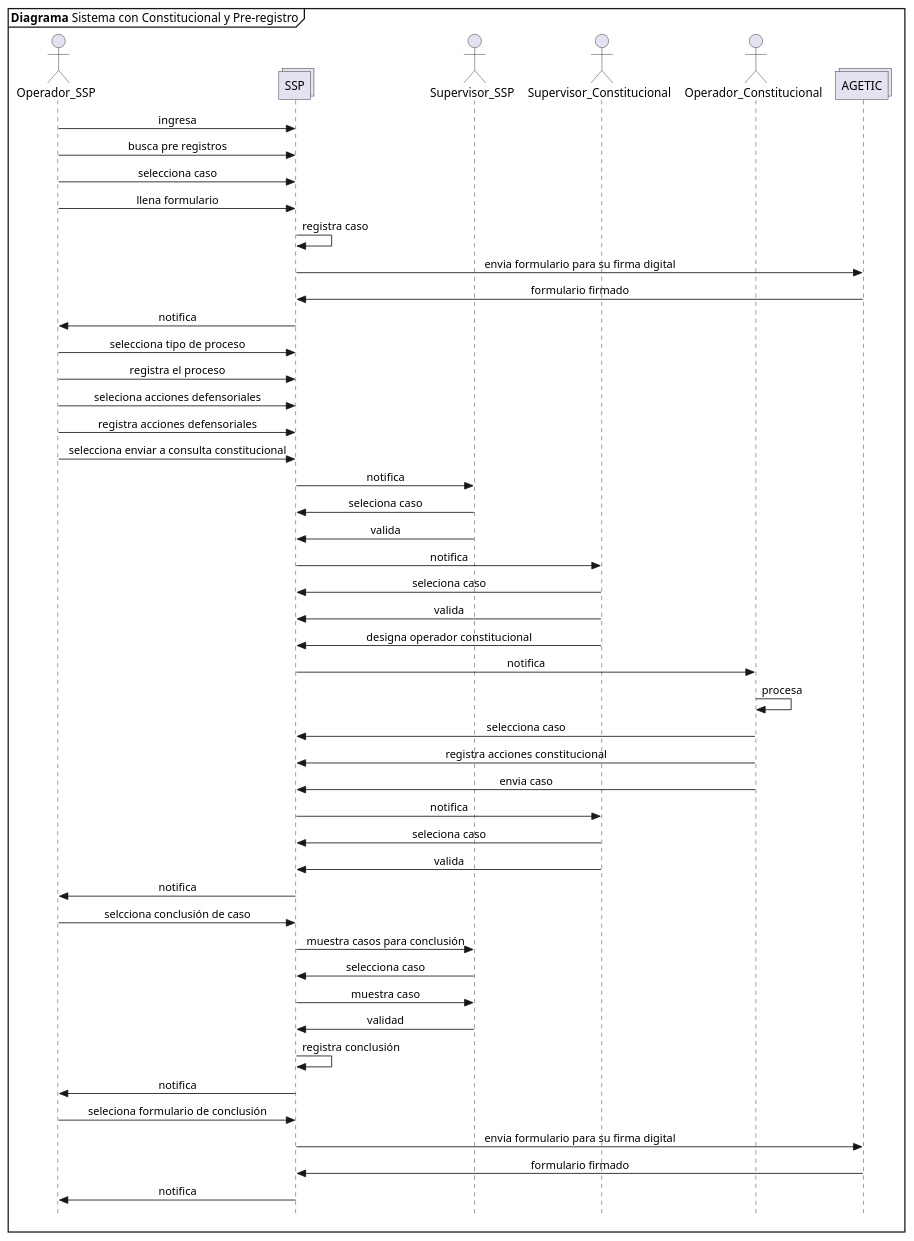
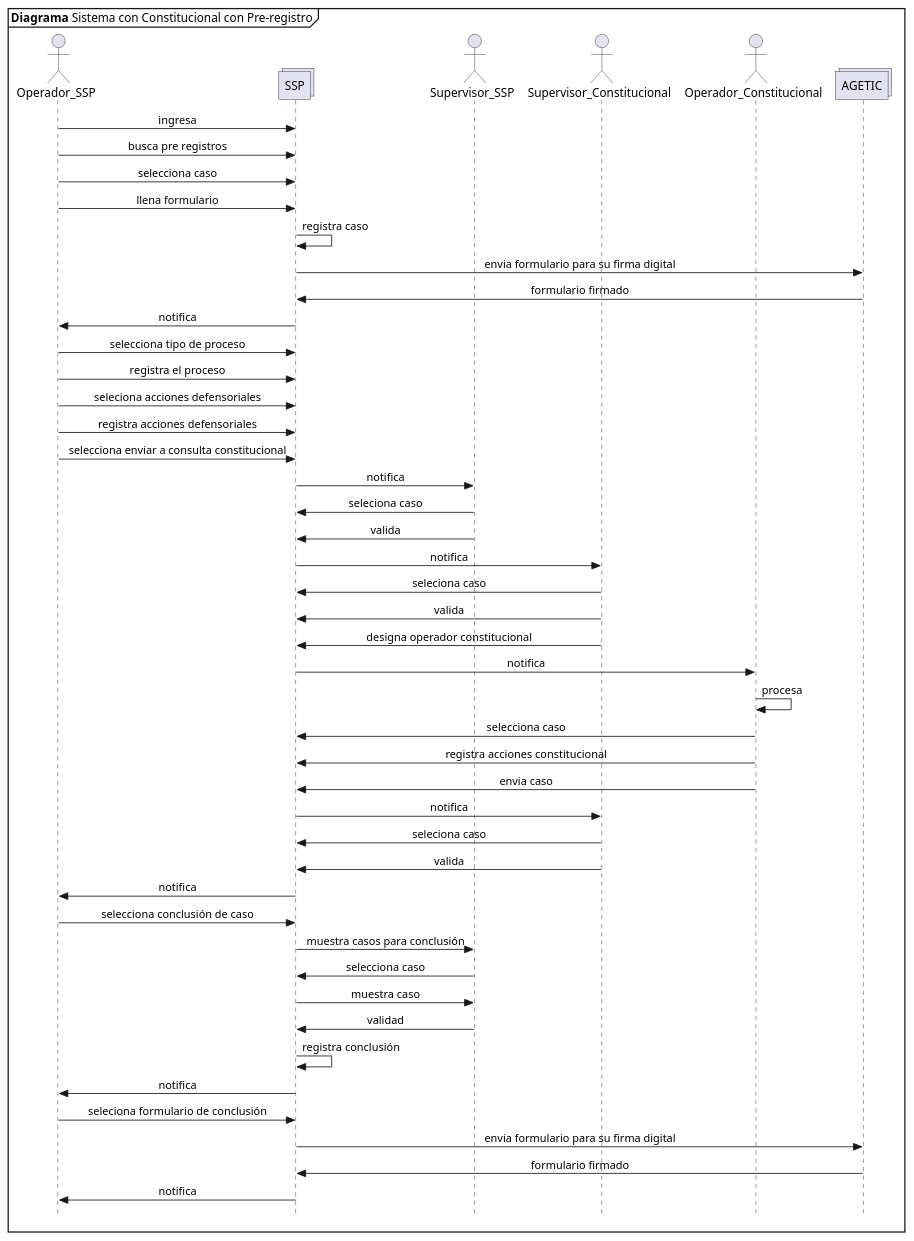
The diagram in propuesta SSP/07_1 registro de casos con constitucional con pre registro.plantuml (n1m0d0/defdiag), drawn with PlantUML before and after one commit. The commit also changed 7 other files, not shown here.

```diff
--- a/propuesta SSP/07_1 registro de casos con constitucional con pre registro.plantuml
+++ b/propuesta SSP/07_1 registro de casos con constitucional con pre registro.plantuml
@@ -1,55 +1,55 @@
 @startuml Diagrama_Sistema
 skinparam Style strictuml
 skinparam SequenceMessageAlignment center
 
-mainframe **Diagrama** Sistema con Constitucional y Pre-registro
+mainframe **Diagrama** Sistema con Constitucional con Pre-registro
 
 actor Operador_SSP as opssp
 collections SSP
 actor Supervisor_SSP as supssp
 actor Supervisor_Constitucional as supconsti
 actor Operador_Constitucional as opconsti
 collections AGETIC as agetic
 
 opssp->SSP: ingresa
 opssp->SSP: busca pre registros
 opssp->SSP: selecciona caso
 opssp->SSP: llena formulario
 SSP->SSP: registra caso
 SSP->agetic: envia formulario para su firma digital
 agetic->SSP: formulario firmado 
 SSP->opssp: notifica
 opssp->SSP: selecciona tipo de proceso
 opssp->SSP: registra el proceso
 opssp->SSP: seleciona acciones defensoriales
 opssp->SSP: registra acciones defensoriales
 opssp->SSP: selecciona enviar a consulta constitucional
 SSP->supssp: notifica
 supssp->SSP: seleciona caso
 supssp->SSP: valida
 SSP->supconsti: notifica
 supconsti->SSP: seleciona caso
 supconsti->SSP: valida
 supconsti->SSP: designa operador constitucional
 SSP->opconsti: notifica
 opconsti->opconsti: procesa
 opconsti->SSP: selecciona caso
 opconsti->SSP: registra acciones constitucional
 opconsti->SSP: envia caso
 SSP->supconsti: notifica
 supconsti->SSP: seleciona caso
 supconsti->SSP: valida
 SSP->opssp: notifica
-opssp->SSP: selcciona conclusión de caso
+opssp->SSP: selecciona conclusión de caso
 SSP->supssp: muestra casos para conclusión
 supssp->SSP: selecciona caso
 SSP->supssp: muestra caso
 supssp->SSP: validad
 SSP->SSP: registra conclusión
 SSP->opssp: notifica
 opssp->SSP: seleciona formulario de conclusión
 SSP->agetic: envia formulario para su firma digital
 agetic->SSP: formulario firmado
 SSP->opssp: notifica
 
 @enduml
```
